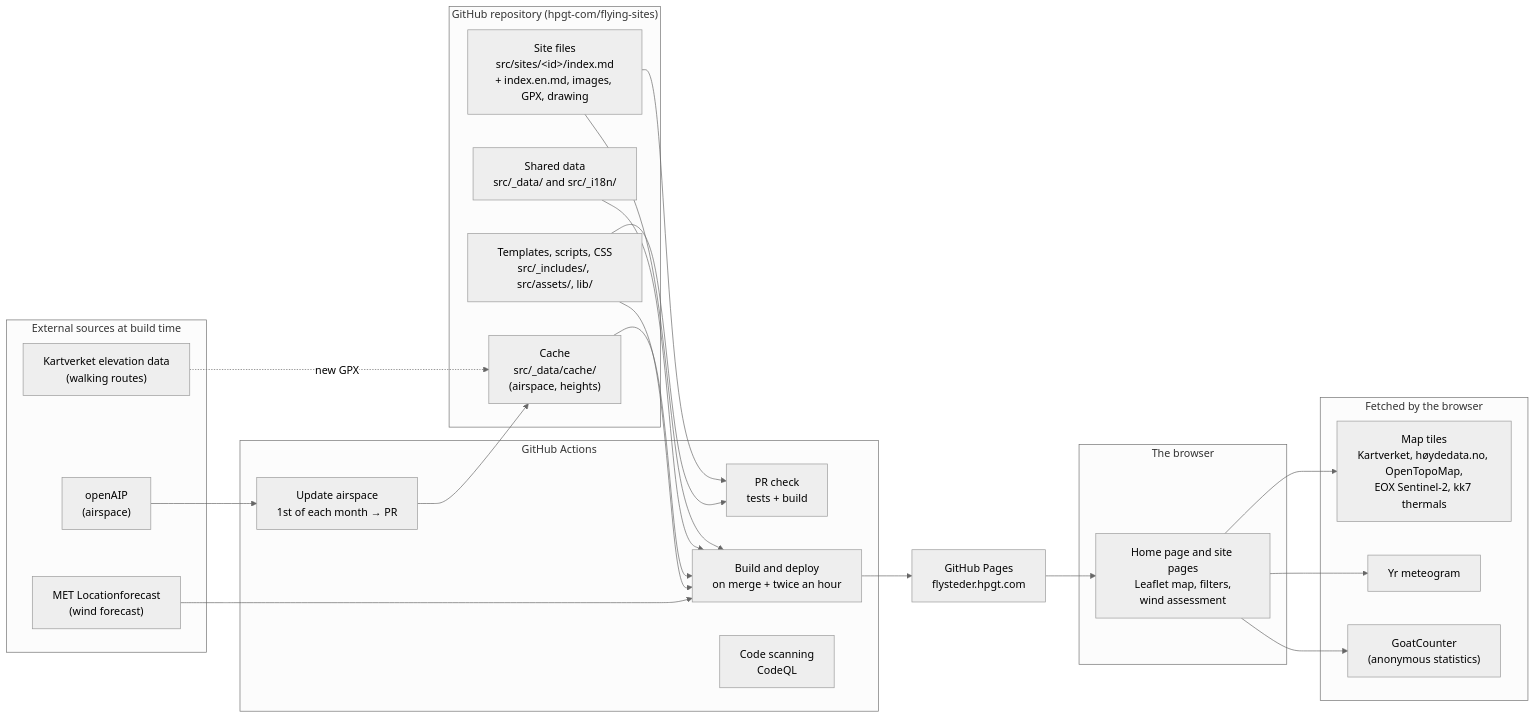
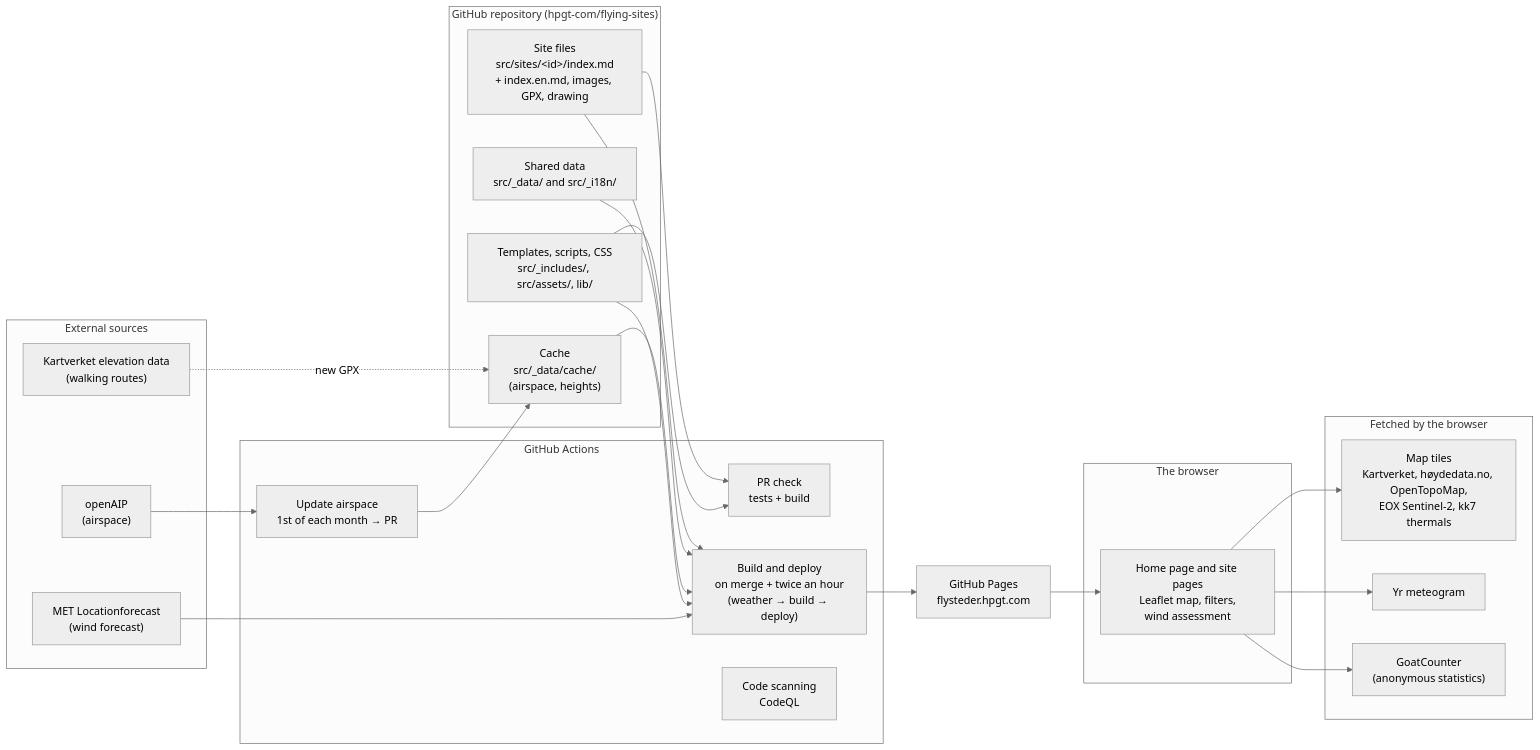
One commit to hpgt-com/flying-sites changed the first of 6 diagrams in docs/architecture.md. Above: the diagram before and after it, drawn with Mermaid (neutral theme). The commit also changed other lines of this file and 15 other files, not shown here.

````diff
--- a/docs/architecture.md
+++ b/docs/architecture.md
@@ -13,42 +14,42 @@
 ```mermaid
 flowchart LR
   subgraph repo["GitHub repository (hpgt-com/flying-sites)"]
     sites["Site files<br/>src/sites/&lt;id&gt;/index.md<br/>+ index.en.md, images, GPX, drawing"]
     data["Shared data<br/>src/_data/ and src/_i18n/"]
     cache["Cache<br/>src/_data/cache/<br/>(airspace, heights)"]
     code["Templates, scripts, CSS<br/>src/_includes/, src/assets/, lib/"]
   end
 
   subgraph actions["GitHub Actions"]
     prcheck["PR check<br/>tests + build"]
-    deploy["Build and deploy<br/>on merge + twice an hour"]
+    deploy["Build and deploy<br/>on merge + twice an hour<br/>(weather → build → deploy)"]
     airspace["Update airspace<br/>1st of each month → PR"]
     scan["Code scanning<br/>CodeQL"]
   end
 
-  subgraph ext["External sources at build time"]
+  subgraph ext["External sources"]
     met["MET Locationforecast<br/>(wind forecast)"]
     kv["Kartverket elevation data<br/>(walking routes)"]
     oaip["openAIP<br/>(airspace)"]
   end
 
   pages["GitHub Pages<br/>flysteder.hpgt.com"]
 
   subgraph browser["The browser"]
     ui["Home page and site pages<br/>Leaflet map, filters,<br/>wind assessment"]
   end
 
   subgraph runtime["Fetched by the browser"]
     tiles["Map tiles<br/>Kartverket, høydedata.no, OpenTopoMap,<br/>EOX Sentinel-2, kk7 thermals"]
     yr["Yr meteogram"]
     gc["GoatCounter<br/>(anonymous statistics)"]
   end
 
   sites & data & cache & code --> deploy
   sites & code --> prcheck
   met --> deploy
   kv -. "new GPX" .-> cache
   oaip --> airspace --> cache
   deploy --> pages --> ui
   ui --> tiles & yr & gc
 ```
````
